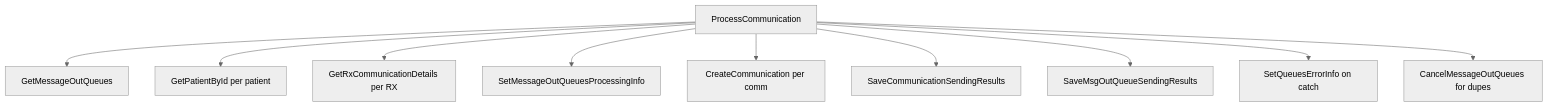
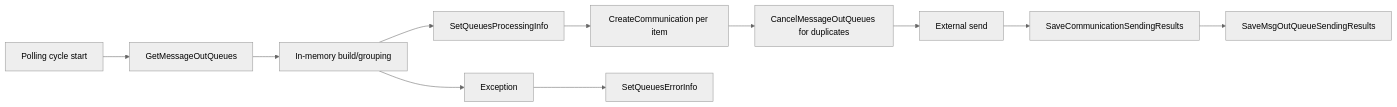
The first of 2 diagrams in Phase2_MessageOutQueueProcess_Assessment.md (straycoder2026/tester), drawn with Mermaid (neutral theme) before and after one commit. The commit also changed other lines of this file, not shown here.

````diff
--- a/Phase2_MessageOutQueueProcess_Assessment.md
+++ b/Phase2_MessageOutQueueProcess_Assessment.md
@@ -295,13 +83,13 @@
 ```mermaid
-flowchart TD
-    P[ProcessCommunication]
-    P --> A[GetMessageOutQueues]
-    P --> B[GetPatientById per patient]
-    P --> C[GetRxCommunicationDetails per RX]
-    P --> D[SetMessageOutQueuesProcessingInfo]
-    P --> E[CreateCommunication per comm]
-    P --> F[SaveCommunicationSendingResults]
-    P --> G[SaveMsgOutQueueSendingResults]
-    P --> H[SetQueuesErrorInfo on catch]
-    P --> I[CancelMessageOutQueues for dupes]
+flowchart LR
+  A[Polling cycle start] --> B[GetMessageOutQueues]
+  B --> C[In-memory build/grouping]
+  C --> D[SetQueuesProcessingInfo]
+  D --> E[CreateCommunication per item]
+  E --> F[CancelMessageOutQueues for duplicates]
+  F --> G[External send]
+  G --> H[SaveCommunicationSendingResults]
+  H --> I[SaveMsgOutQueueSendingResults]
+  C --> J[Exception]
+  J --> K[SetQueuesErrorInfo]
 ```
````
